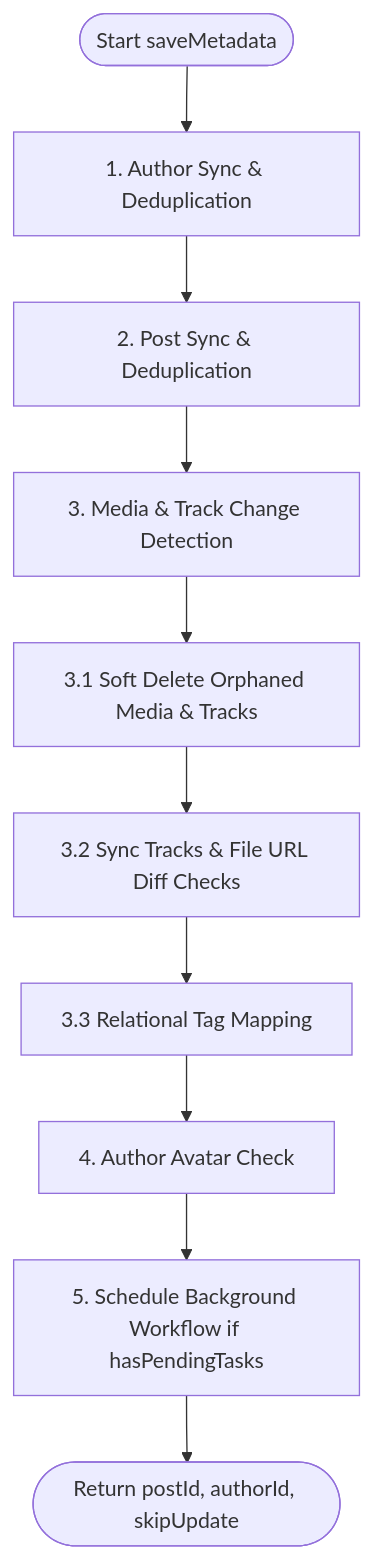
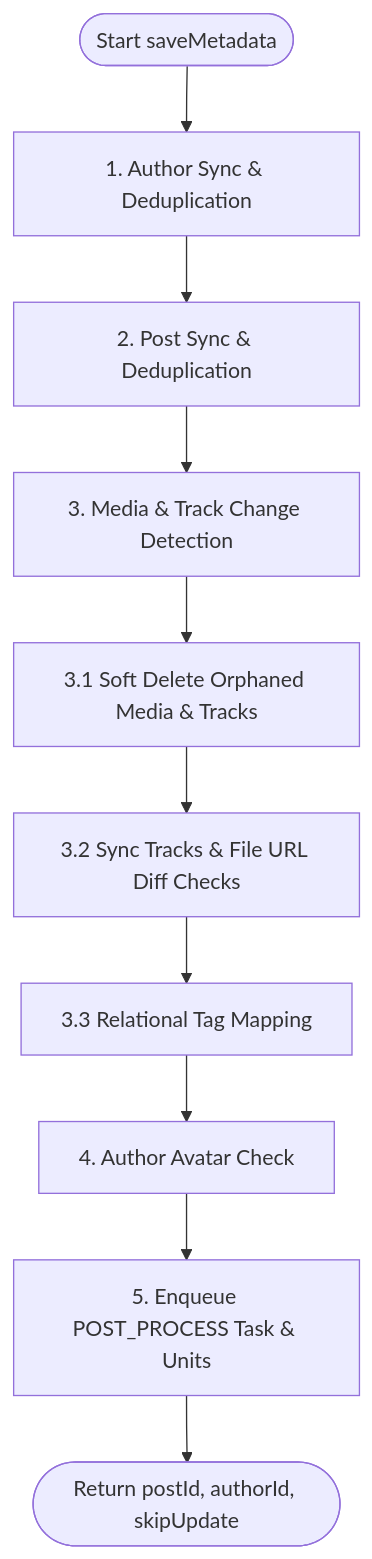
The diagram in docs/save_metadata_flow.md (stariverr/stationary), drawn with Mermaid before and after one commit. The commit also changed other lines of this file and 9 other files, not shown here.

Commit message:
docs(jobs): add architecture and extension documentation for task execution engine

````diff
--- a/docs/save_metadata_flow.md
+++ b/docs/save_metadata_flow.md
@@ -19,12 +19,12 @@
 ```mermaid
 graph TD
     Start([Start saveMetadata]) --> Step1[1. Author Sync & Deduplication]
     Step1 --> Step2[2. Post Sync & Deduplication]
     Step2 --> Step3[3. Media & Track Change Detection]
     Step3 --> Step3_1[3.1 Soft Delete Orphaned Media & Tracks]
     Step3_1 --> Step3_2[3.2 Sync Tracks & File URL Diff Checks]
     Step3_2 --> Step3_3[3.3 Relational Tag Mapping]
     Step3_3 --> Step4[4. Author Avatar Check]
-    Step4 --> Step5[5. Schedule Background Workflow if hasPendingTasks]
+    Step4 --> Step5[5. Enqueue POST_PROCESS Task & Units]
     Step5 --> End([Return postId, authorId, skipUpdate])
 ```
````
